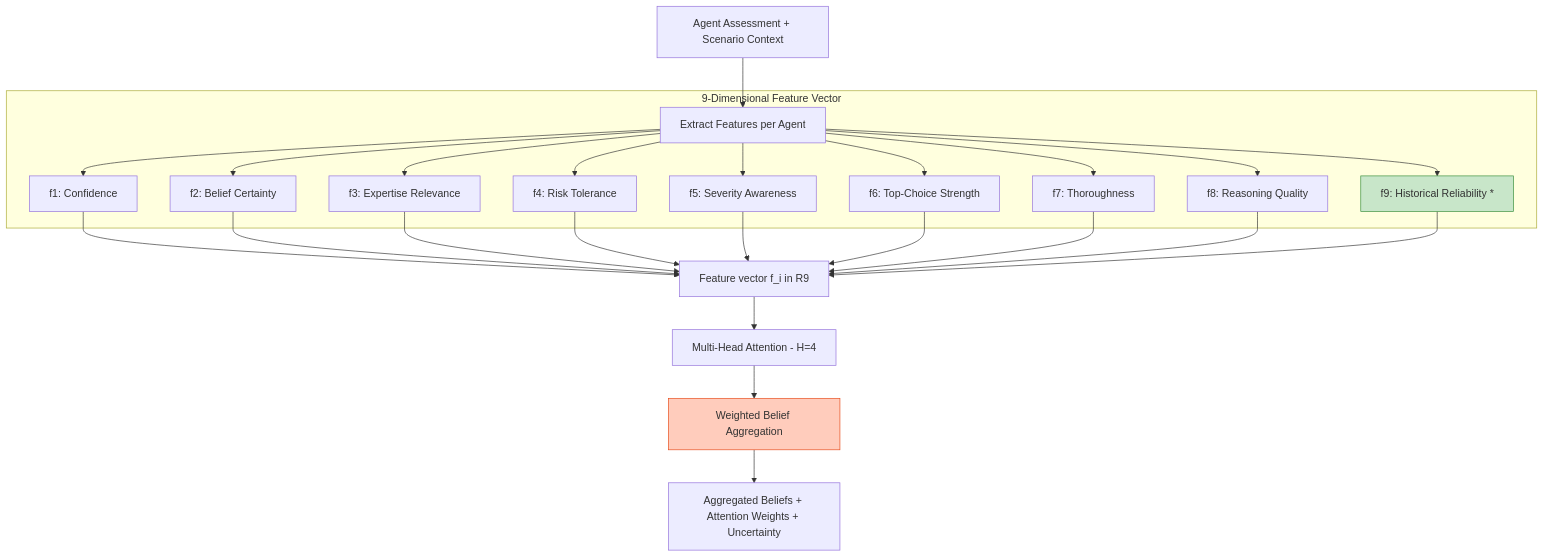
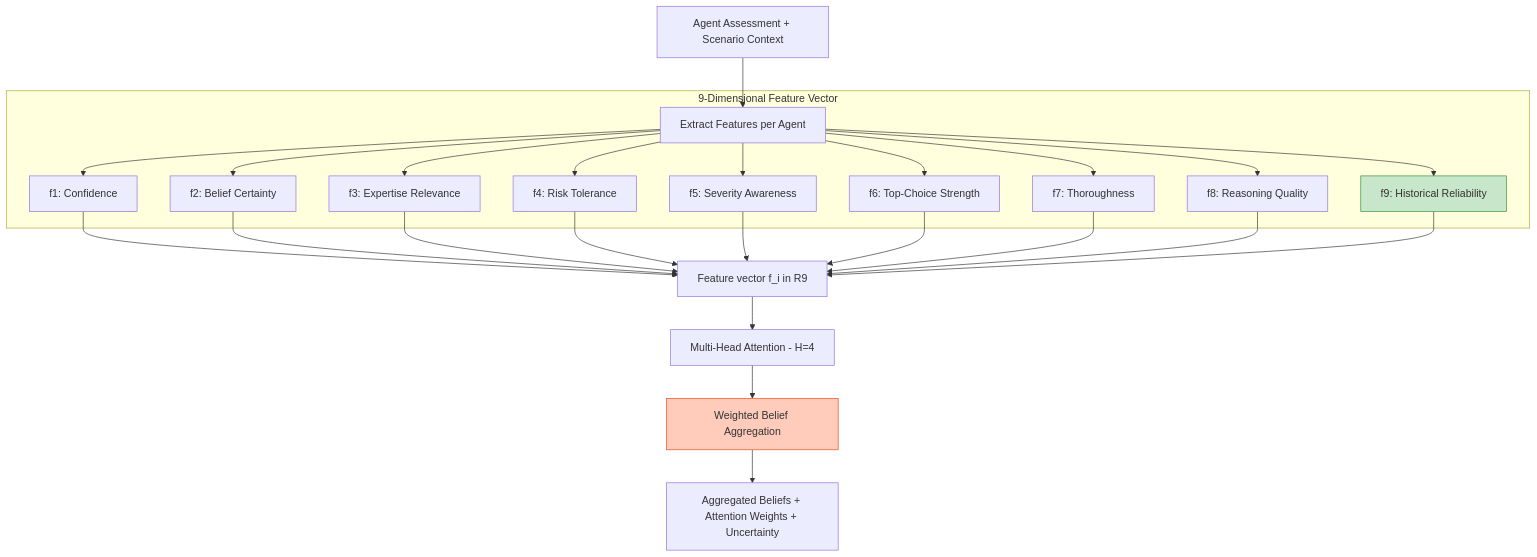
One commit to kerbgr/crisis_mas_poc changed the third of 7 diagrams in academic_journal_draft_long version.md. Above: the diagram before and after it, drawn with Mermaid. The commit also changed other lines of this file and 7 other files, not shown here.

````diff
--- a/academic_journal_draft_long version.md
+++ b/academic_journal_draft_long version.md
@@ -236,24 +230,21 @@
 ```mermaid
 flowchart TB
     START[Agent Assessment + Scenario Context] --> EXTRACT[Extract Features per Agent]
-
-    subgraph "9-Dimensional Feature Vector"
+    subgraph NINEDIM["9-Dimensional Feature Vector"]
         EXTRACT --> F1["f1: Confidence"]
         EXTRACT --> F2["f2: Belief Certainty"]
         EXTRACT --> F3["f3: Expertise Relevance"]
         EXTRACT --> F4["f4: Risk Tolerance"]
         EXTRACT --> F5["f5: Severity Awareness"]
         EXTRACT --> F6["f6: Top-Choice Strength"]
         EXTRACT --> F7["f7: Thoroughness"]
         EXTRACT --> F8["f8: Reasoning Quality"]
-        EXTRACT --> F9["f9: Historical Reliability *"]
+        EXTRACT --> F9["f9: Historical Reliability"]
     end
-
     F1 & F2 & F3 & F4 & F5 & F6 & F7 & F8 & F9 --> VECTOR["Feature vector f_i in R9"]
     VECTOR --> ATTENTION[Multi-Head Attention - H=4]
     ATTENTION --> AGGREGATE[Weighted Belief Aggregation]
     AGGREGATE --> OUTPUT[Aggregated Beliefs + Attention Weights + Uncertainty]
-
     style F9 fill:#c8e6c9,stroke:#388e3c
     style AGGREGATE fill:#ffccbc,stroke:#e64a19
 ```
````
